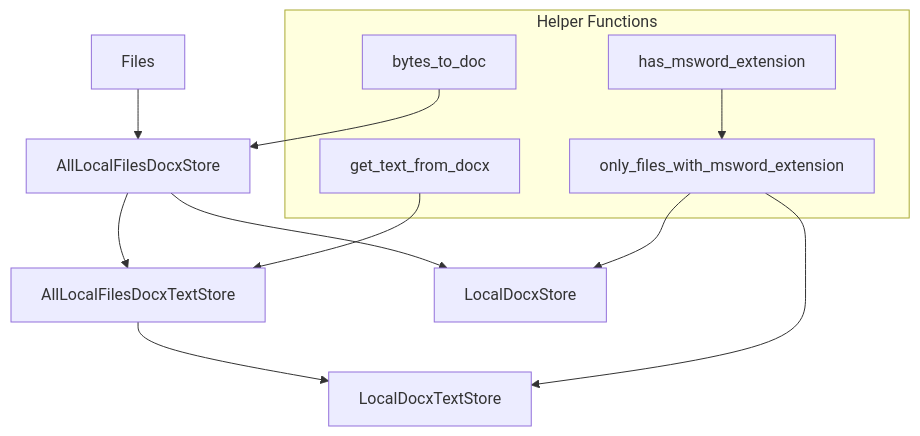
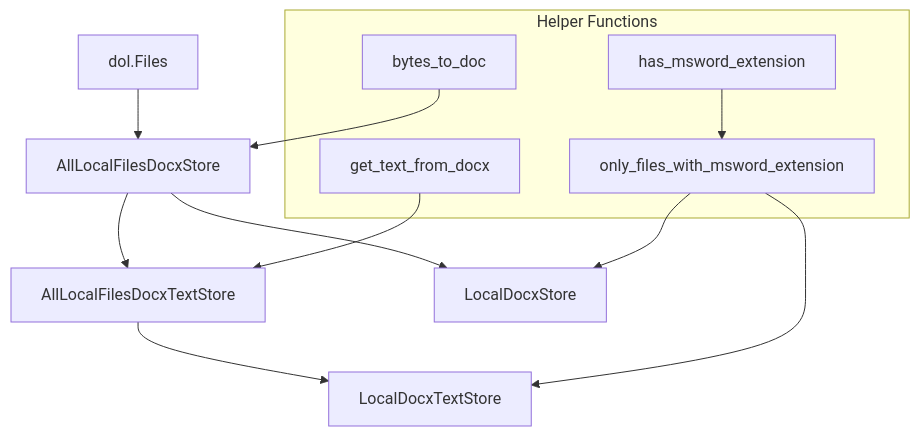
The first of 2 diagrams in README.md (thorwhalen/msword), drawn with Mermaid before and after one commit. The commit also changed other lines of this file and 1 other file, not shown here.

````diff
--- a/README.md
+++ b/README.md
@@ -153,26 +209,26 @@
 ```mermaid
 flowchart TD
-    A[Files]
+    A[dol.Files]
     B[AllLocalFilesDocxStore]
     C[AllLocalFilesDocxTextStore]
     D[LocalDocxStore]
     E[LocalDocxTextStore]
 
     A --> B
     B --> C
     B --> D
     C --> E
 
     subgraph Helper Functions
         F[bytes_to_doc]
         G[get_text_from_docx]
         H[has_msword_extension]
         I[only_files_with_msword_extension]
     end
 
     F --> B
     G --> C
     H --> I
     I --> D
     I --> E
 ```
````
